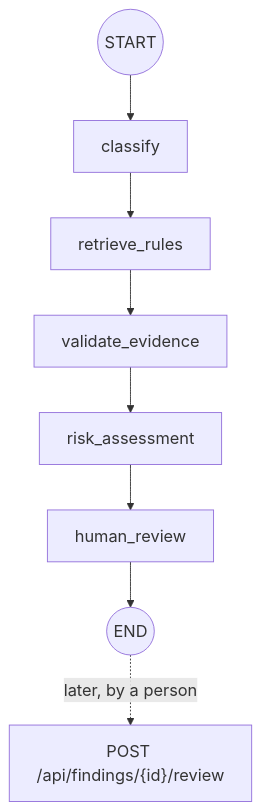
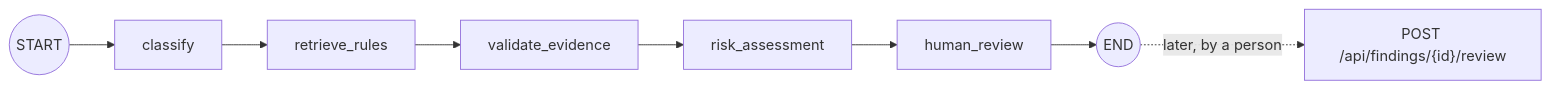
The second of 3 diagrams in PROJECT_OVERVIEW.md (Abhinav-git1/FiberDoc_AI), drawn with Mermaid before and after one commit. The commit also changed other lines of this file and 2 other files, not shown here.

Commit message:
Tone the diagrams down: default font, pipeline left to right, server boxes side by side

````diff
--- a/PROJECT_OVERVIEW.md
+++ b/PROJECT_OVERVIEW.md
@@ -147,11 +146,10 @@
 ```mermaid
-%%{init: {"themeVariables": {"fontSize": "18px"}}}%%
-flowchart TB
+flowchart LR
   S((START)) --> C[classify]
   C --> RR[retrieve_rules]
   RR --> V[validate_evidence]
   V --> RA[risk_assessment]
   RA --> HR[human_review]
   HR --> E((END))
   E -. "later, by a person" .-> REV["POST /api/findings/{id}/review"]
 ```
````
